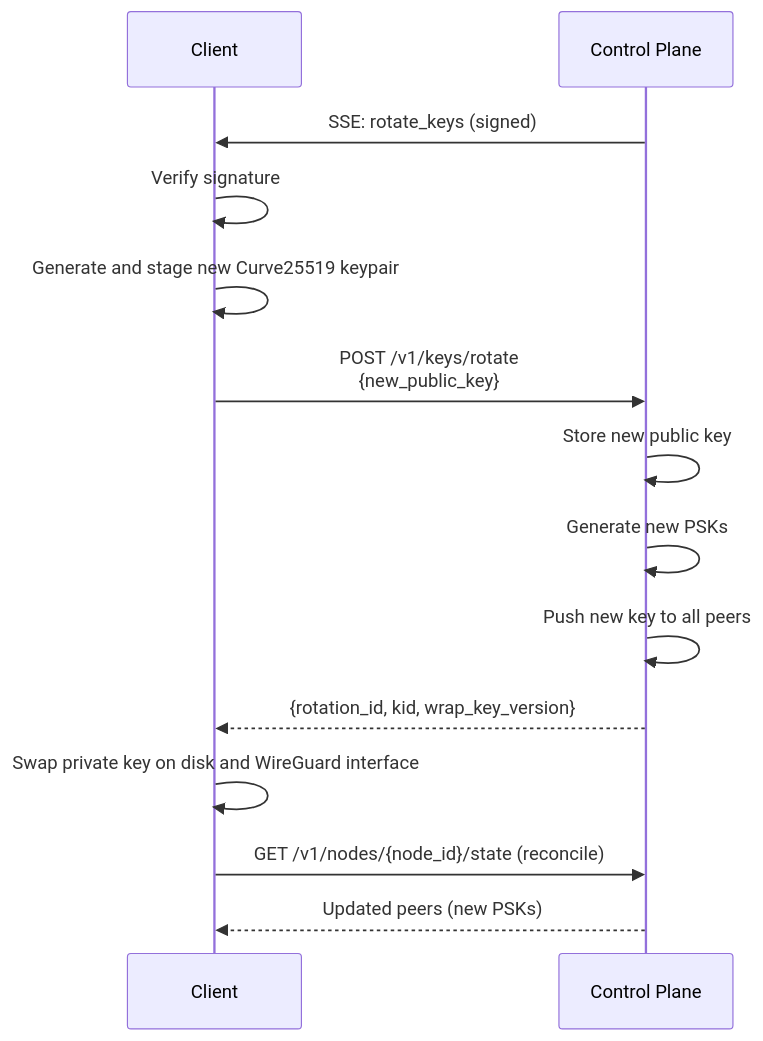
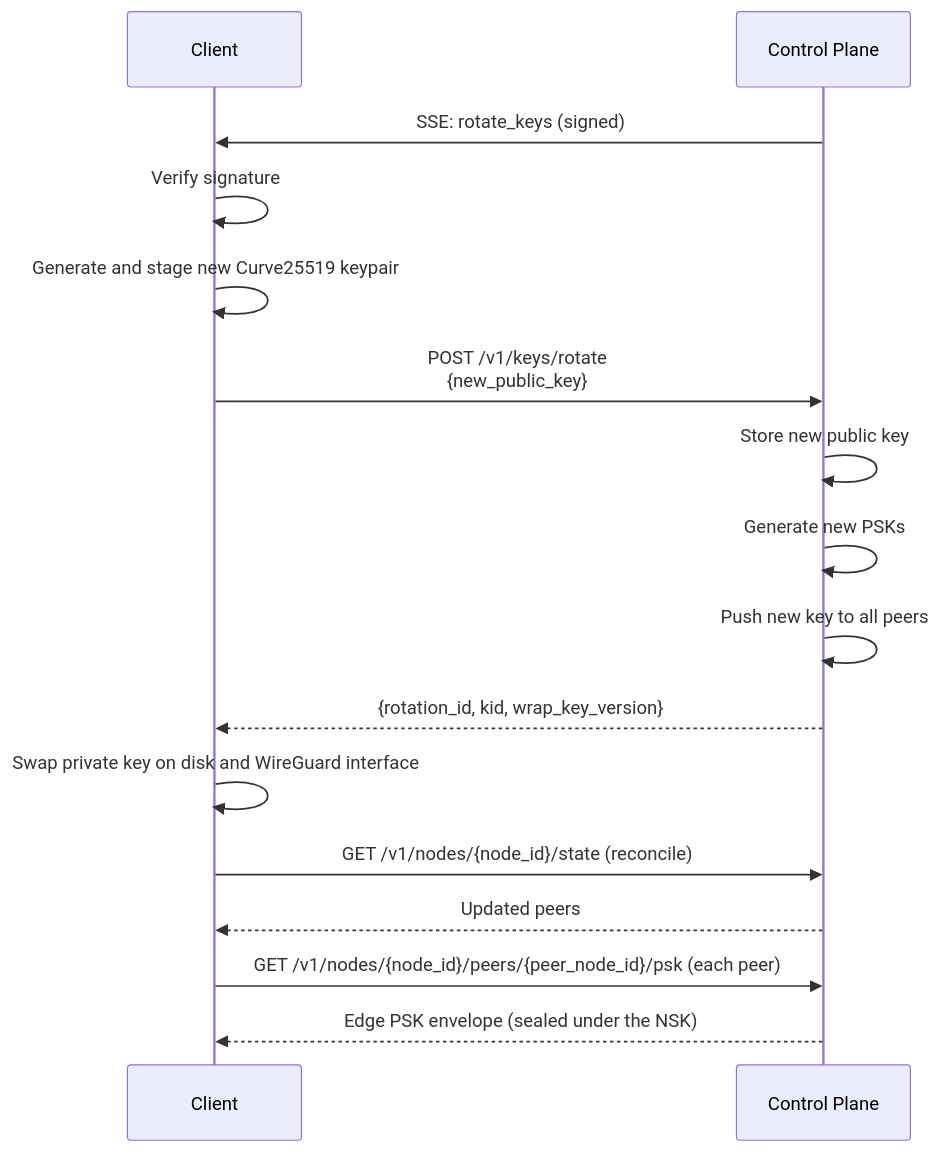
One commit to plexsphere/plexd changed the second of 3 diagrams in docs/guide/security.md. Above: the diagram before and after it, drawn with Mermaid. The commit also changed other lines of this file and 11 other files, not shown here.

First line of the commit message:
docs: describe direct peer endpoints and edge PSKs

````diff
--- a/docs/guide/security.md
+++ b/docs/guide/security.md
@@ -117,17 +117,19 @@
 ```mermaid
 sequenceDiagram
     participant C as Client
     participant CP as Control Plane
 
     CP->>C: SSE: rotate_keys (signed)
     C->>C: Verify signature
     C->>C: Generate and stage new Curve25519 keypair
     C->>CP: POST /v1/keys/rotate<br/>{new_public_key}
     CP->>CP: Store new public key
     CP->>CP: Generate new PSKs
     CP->>CP: Push new key to all peers
     CP-->>C: {rotation_id, kid, wrap_key_version}
     C->>C: Swap private key on disk and WireGuard interface
     C->>CP: GET /v1/nodes/{node_id}/state (reconcile)
-    CP-->>C: Updated peers (new PSKs)
+    CP-->>C: Updated peers
+    C->>CP: GET /v1/nodes/{node_id}/peers/{peer_node_id}/psk (each peer)
+    CP-->>C: Edge PSK envelope (sealed under the NSK)
 ```
````
